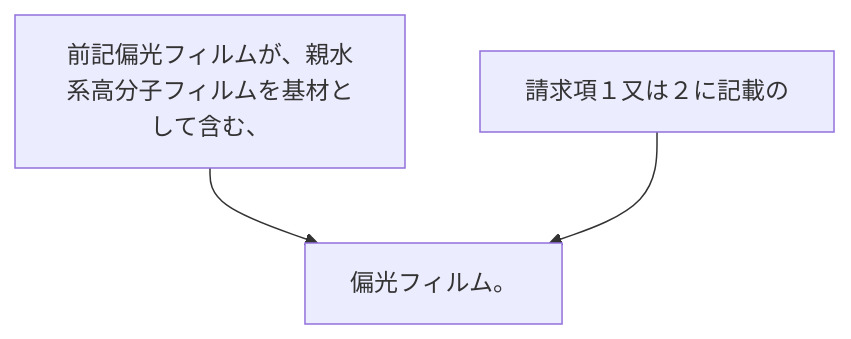
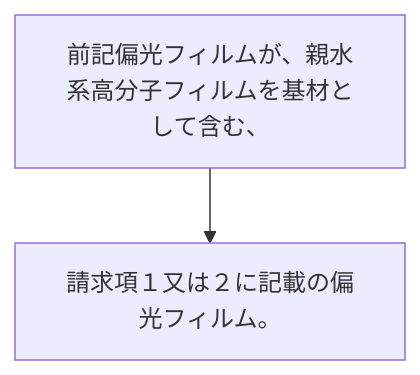
Before and after one commit to shinmori55/patent_analyzed: the diagram in 2024/JP2024031583A/claim_3/README.md, drawn with Mermaid. The commit also changed 336 other files, not shown here.

````diff
--- a/2024/JP2024031583A/claim_3/README.md
+++ b/2024/JP2024031583A/claim_3/README.md
@@ -2,8 +2,6 @@
 ```mermaid
 flowchart TD
 A[前記偏光フィルムが、親水系高分子フィルムを基材として含む、]
-B[請求項１又は２に記載の]
-C[偏光フィルム。]
-A --> C
-B --> C
+B[請求項１又は２に記載の偏光フィルム。]
+A --> B
 ```
````
